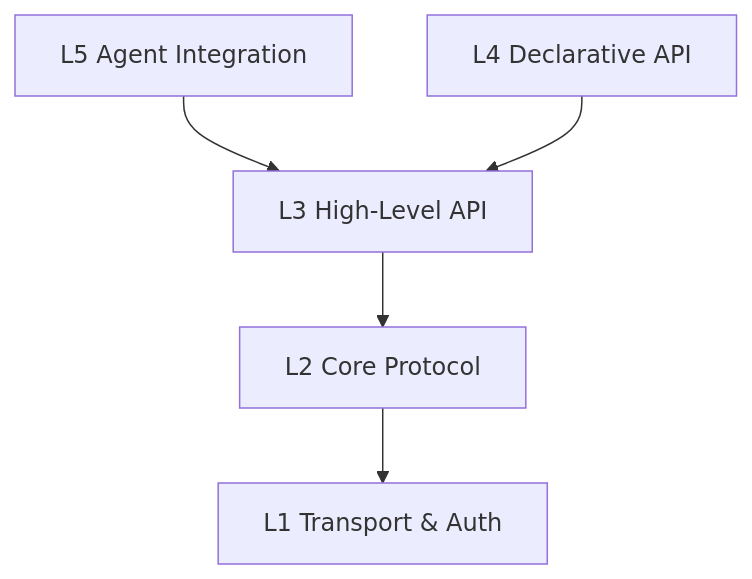
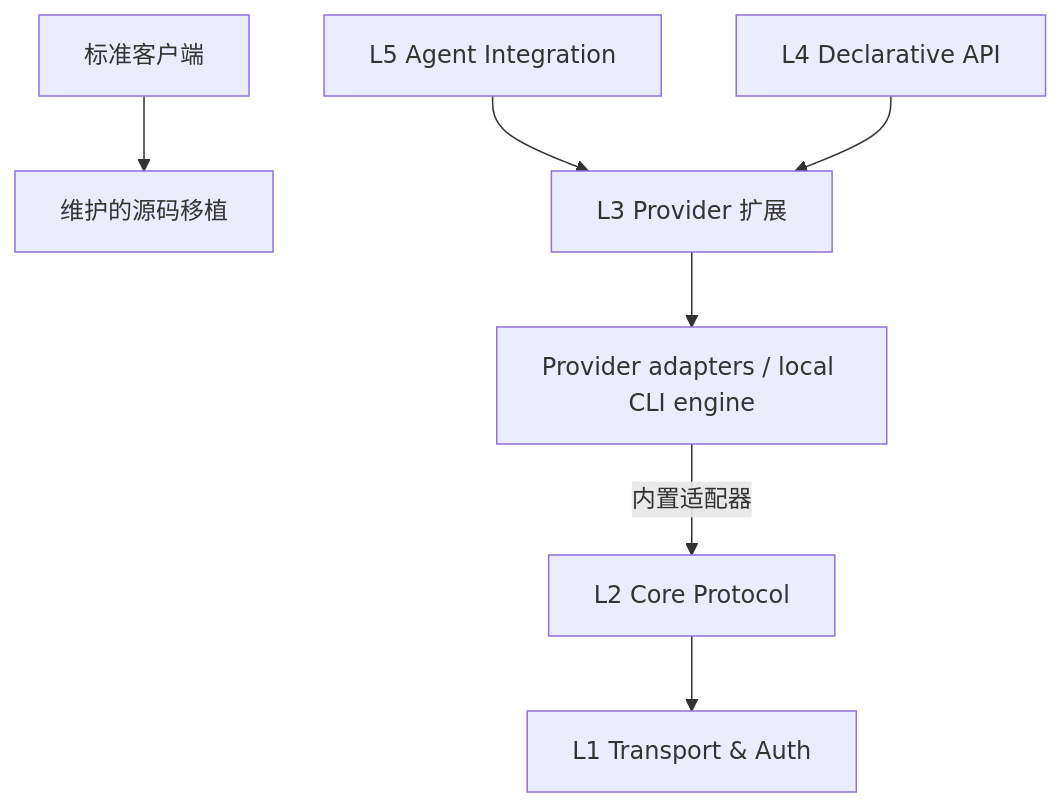
The second of 2 diagrams in docs/zh/design/architecture.md (Alibaba-Agent-Sandbox/python-sdk), drawn with Mermaid before and after one commit. The commit also changed other lines of this file and 14 other files, not shown here.

````diff
--- a/docs/zh/design/architecture.md
+++ b/docs/zh/design/architecture.md
@@ -136,7 +145,10 @@
 ```mermaid
 graph TD
-    L5[L5 Agent Integration] --> L3[L3 High-Level API]
+    STD[标准客户端] --> PORT[维护的源码移植]
+    L5[L5 Agent Integration] --> L3[L3 Provider 扩展]
     L4[L4 Declarative API] --> L3
-    L3 --> L2[L2 Core Protocol]
+    PRV["Provider adapters / local CLI engine"]
+    L3 --> PRV
+    PRV -->|内置适配器| L2[L2 Core Protocol]
     L2 --> L1[L1 Transport & Auth]
 ```
````
